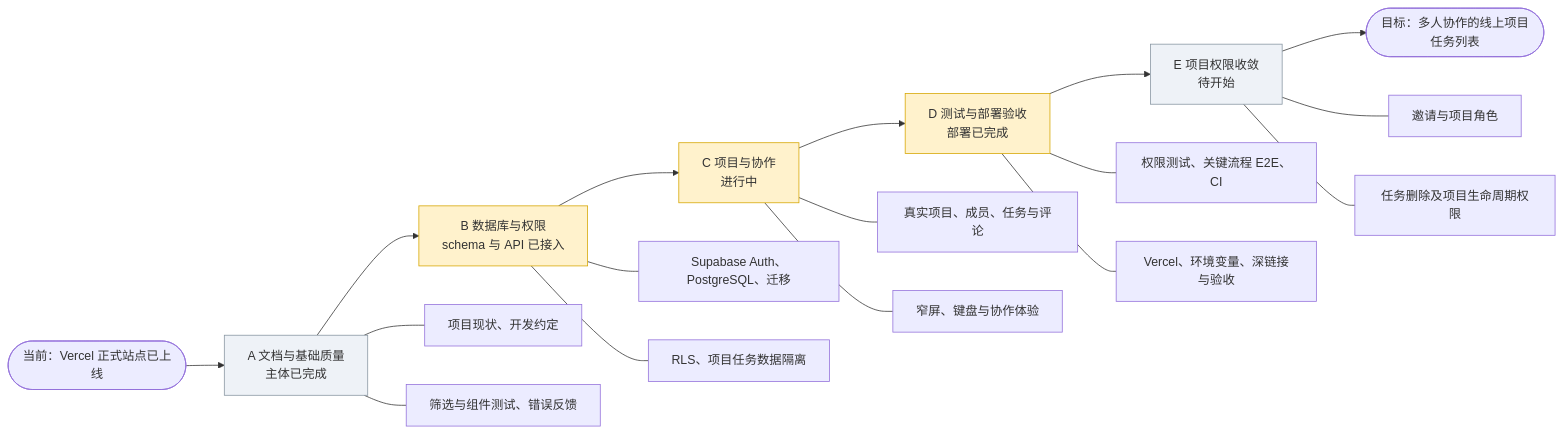
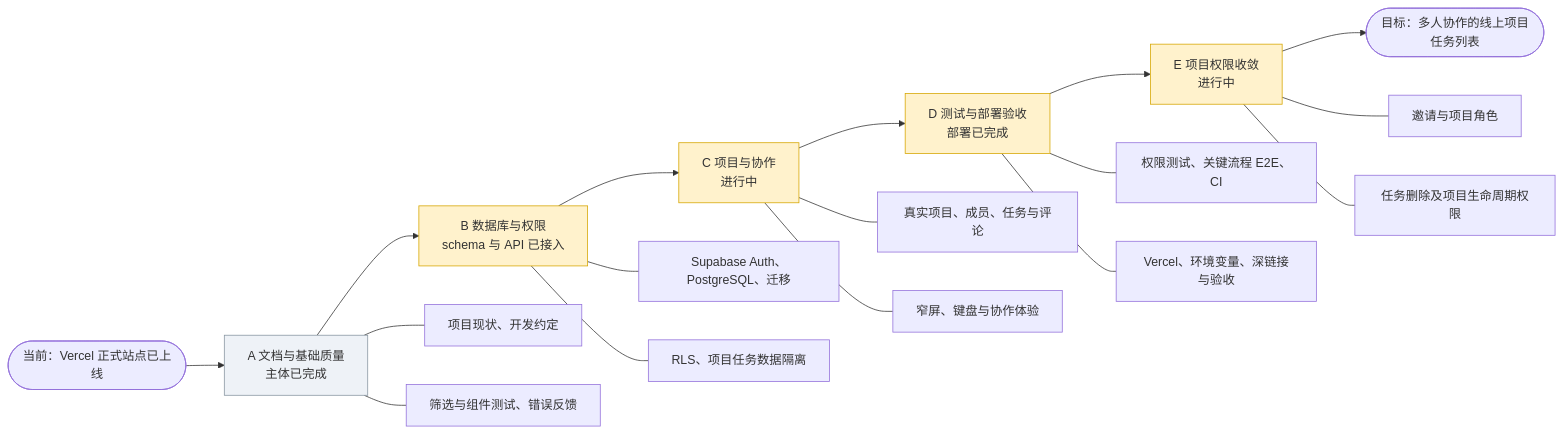
Before and after one commit to fartmonarch/tasks-board: the diagram in docs/阶段进度速查.md, drawn with Mermaid. The commit also changed other lines of this file and 18 other files, not shown here.

````diff
--- a/docs/阶段进度速查.md
+++ b/docs/阶段进度速查.md
@@ -17,25 +30,25 @@
 ```mermaid
 flowchart LR
   S([当前：Vercel 正式站点已上线]) --> A["A 文档与基础质量<br/>主体已完成"]
   A --> B["B 数据库与权限<br/>schema 与 API 已接入"]
   B --> C["C 项目与协作<br/>进行中"]
   C --> D["D 测试与部署验收<br/>部署已完成"]
-  D --> E["E 项目权限收敛<br/>待开始"]
+  D --> E["E 项目权限收敛<br/>进行中"]
   E --> G([目标：多人协作的线上项目任务列表])
 
   A --- A1[项目现状、开发约定]
   A --- A2[筛选与组件测试、错误反馈]
   B --- B1[Supabase Auth、PostgreSQL、迁移]
   B --- B2[RLS、项目任务数据隔离]
   C --- C1[真实项目、成员、任务与评论]
   C --- C2[窄屏、键盘与协作体验]
   D --- D1[权限测试、关键流程 E2E、CI]
   D --- D2[Vercel、环境变量、深链接与验收]
   E --- E1[邀请与项目角色]
   E --- E2[任务删除及项目生命周期权限]
 
   classDef active fill:#fff2cc,stroke:#d6a600,color:#333
   classDef planned fill:#eef2f7,stroke:#8795a1,color:#333
-  class B,C,D active
-  class A,E planned
+  class B,C,D,E active
+  class A planned
 ```
````
